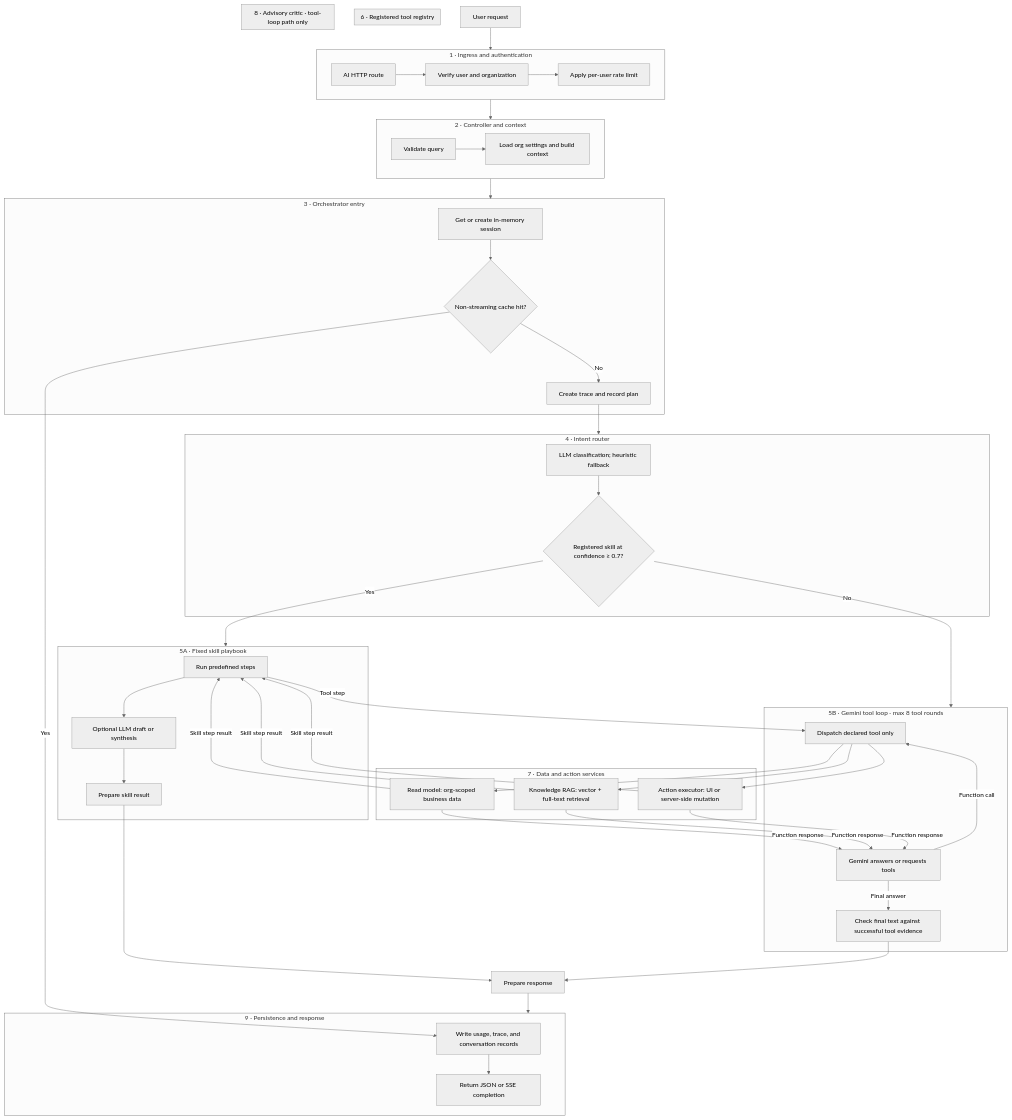
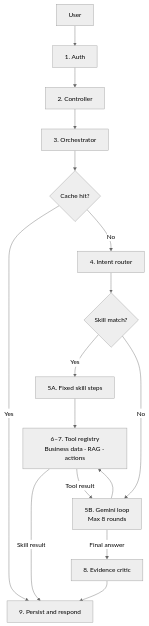
The first of 2 diagrams in README.md (amathziah/capitaedgex), drawn with Mermaid (neutral theme) before and after one commit. The commit also changed 1 other file, not shown here.

Commit message:
docs: reduce architecture diagram label overlap

````diff
--- a/README.md
+++ b/README.md
@@ -32,68 +32,18 @@
 ```mermaid
 flowchart TD
-    USER[User request] --> L1
-
-    subgraph L1["1 · Ingress and authentication"]
-        HTTP[AI HTTP route] --> AUTH[Verify user and organization]
-        AUTH --> LIMIT[Apply per-user rate limit]
-    end
-
-    L1 --> L2
-    subgraph L2["2 · Controller and context"]
-        VALIDATE[Validate query] --> CONTEXT[Load org settings and build context]
-    end
-
-    L2 --> L3
-    subgraph L3["3 · Orchestrator entry"]
-        SESSION[Get or create in-memory session] --> CACHE{Non-streaming cache hit?}
-        CACHE -->|No| TRACE[Create trace and record plan]
-    end
-    CACHE -->|Yes| PERSIST
-    TRACE --> L4
-
-    subgraph L4["4 · Intent router"]
-        CLASSIFY[LLM classification; heuristic fallback] --> ROUTE{Registered skill at confidence ≥ 0.7?}
-    end
-
-    ROUTE -->|Yes| L5A
-    ROUTE -->|No| L5B
-    subgraph L5A["5A · Fixed skill playbook"]
-        PLAN[Run predefined steps] --> SKILL_LLM[Optional LLM draft or synthesis]
-        SKILL_LLM --> SKILL_RESULT[Prepare skill result]
-    end
-    subgraph L5B["5B · Gemini tool loop · max 8 tool rounds"]
-        GENERATE[Gemini answers or requests tools] -->|Function call| DECLARED
-        GENERATE -->|Final answer| CRITIC
-    end
-
-    subgraph L6["6 · Registered tool registry"]
-        DECLARED[Dispatch declared tool only]
-    end
-
-    subgraph L7["7 · Data and action services"]
-        READ[Read model: org-scoped business data]
-        RAG[Knowledge RAG: vector + full-text retrieval]
-        ACTION[Action executor: UI or server-side mutation]
-    end
-    DECLARED --> READ
-    DECLARED --> RAG
-    DECLARED --> ACTION
-    READ -->|Function response| GENERATE
-    RAG -->|Function response| GENERATE
-    ACTION -->|Function response| GENERATE
-    PLAN -->|Tool step| DECLARED
-    READ -->|Skill step result| PLAN
-    RAG -->|Skill step result| PLAN
-    ACTION -->|Skill step result| PLAN
-
-    subgraph L8["8 · Advisory critic · tool-loop path only"]
-        CRITIC[Check final text against successful tool evidence]
-    end
-
-    SKILL_RESULT --> RESULT[Prepare response]
-    CRITIC --> RESULT
-    RESULT --> L9
-    subgraph L9["9 · Persistence and response"]
-        PERSIST[Write usage, trace, and conversation records] --> RESPONSE[Return JSON or SSE completion]
-    end
+    USER[User] --> AUTH[1. Auth]
+    AUTH --> CTRL[2. Controller]
+    CTRL --> ORCH[3. Orchestrator]
+    ORCH --> CACHE{Cache hit?}
+    CACHE -->|Yes| SAVE[9. Persist and respond]
+    CACHE -->|No| INTENT[4. Intent router]
+    INTENT --> ROUTE{Skill match?}
+    ROUTE -->|Yes| SKILL[5A. Fixed skill steps]
+    ROUTE -->|No| LOOP[5B. Gemini loop<br/>Max 8 rounds]
+    SKILL --> TOOLS[6–7. Tool registry<br/>Business data · RAG · actions]
+    LOOP --> TOOLS
+    TOOLS -->|Skill result| SAVE
+    TOOLS -->|Tool result| LOOP
+    LOOP -->|Final answer| CRITIC[8. Evidence critic]
+    CRITIC --> SAVE
 ```
````
